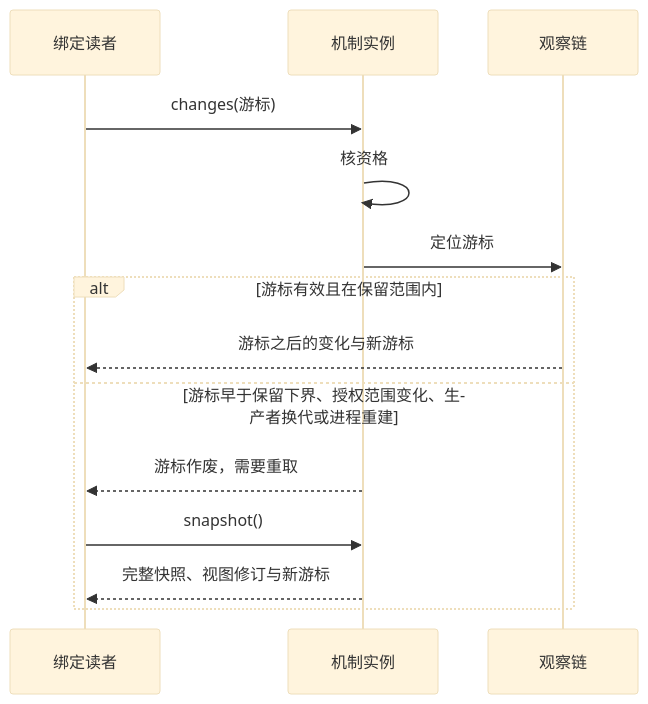
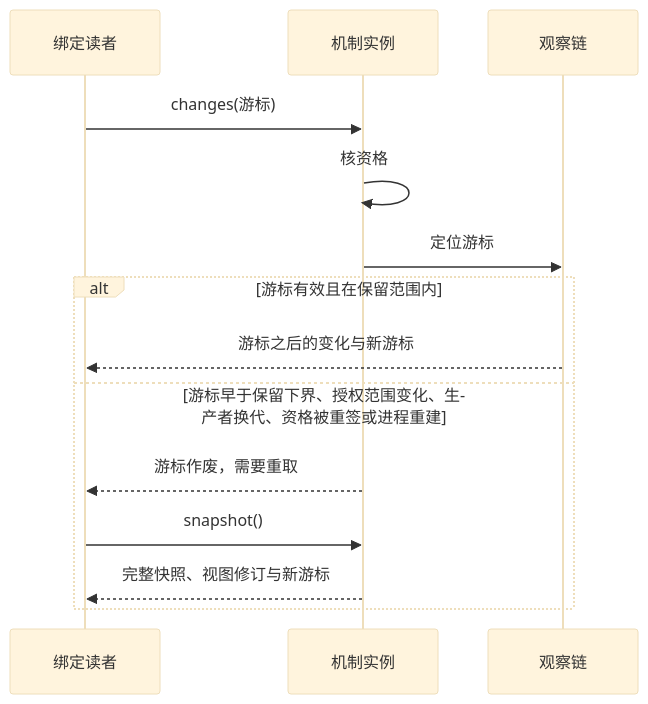
Before and after one commit to nemori-ai/omne-harness-lite: the fourth of 5 diagrams in packages/context/runtime-context/docs/flows.md, drawn with Mermaid (base theme). The commit also changed other lines of this file and 68 other files, not shown here.

````diff
--- a/packages/context/runtime-context/docs/flows.md
+++ b/packages/context/runtime-context/docs/flows.md
@@ -116,16 +130,16 @@
 ```mermaid
 sequenceDiagram
   participant R as 绑定读者
   participant M as 机制实例
   participant Obs as 观察链
   R->>M: changes(游标)
   M->>M: 核资格
   M->>Obs: 定位游标
   alt 游标有效且在保留范围内
     Obs-->>R: 游标之后的变化与新游标
-  else 游标早于保留下界、授权范围变化、生产者换代或进程重建
+  else 游标早于保留下界、授权范围变化、生产者换代、资格被重签或进程重建
     M-->>R: 游标作废，需要重取
     R->>M: snapshot()
     M-->>R: 完整快照、视图修订与新游标
   end
 ```
````
